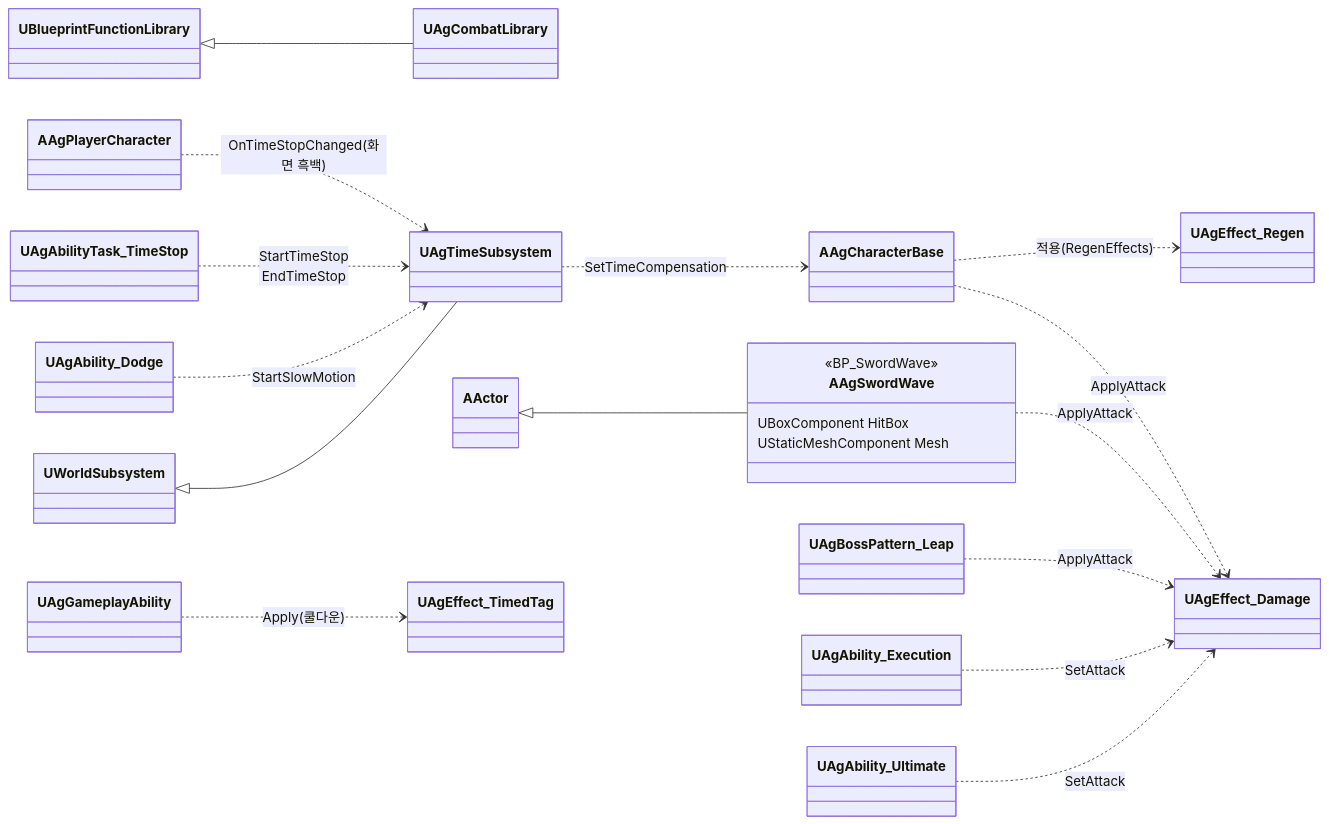
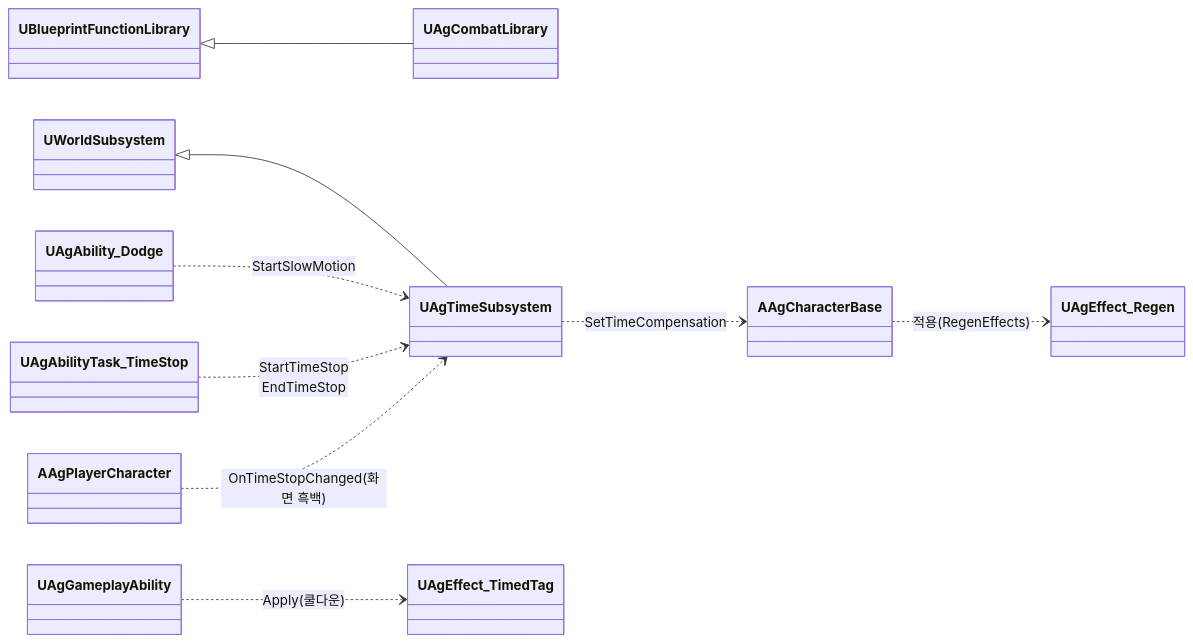
Before and after one commit to Woogl/Ag: the first of 2 diagrams in Docs/Program/전투 규칙.md, drawn with Mermaid. The commit also changed other lines of this file and 2 other files, not shown here.

````diff
--- a/Docs/Program/전투 규칙.md
+++ b/Docs/Program/전투 규칙.md
@@ -35,24 +31,13 @@
 ```mermaid
 classDiagram
     direction LR
-    class AAgSwordWave {
-        <<BP_SwordWave>>
-        UBoxComponent HitBox
-        UStaticMeshComponent Mesh
-    }
     UBlueprintFunctionLibrary <|-- UAgCombatLibrary
     UWorldSubsystem <|-- UAgTimeSubsystem
-    AActor <|-- AAgSwordWave
 
-    AAgCharacterBase ..> UAgEffect_Damage : ApplyAttack
-    AAgSwordWave ..> UAgEffect_Damage : ApplyAttack
-    UAgBossPattern_Leap ..> UAgEffect_Damage : ApplyAttack
-    UAgAbility_Execution ..> UAgEffect_Damage : SetAttack
-    UAgAbility_Ultimate ..> UAgEffect_Damage : SetAttack
     AAgCharacterBase ..> UAgEffect_Regen : 적용(RegenEffects)
     UAgGameplayAbility ..> UAgEffect_TimedTag : Apply(쿨다운)
     UAgAbility_Dodge ..> UAgTimeSubsystem : StartSlowMotion
     UAgAbilityTask_TimeStop ..> UAgTimeSubsystem : StartTimeStop<br>EndTimeStop
     UAgTimeSubsystem ..> AAgCharacterBase : SetTimeCompensation
     AAgPlayerCharacter ..> UAgTimeSubsystem : OnTimeStopChanged(화면 흑백)
 ```
````
